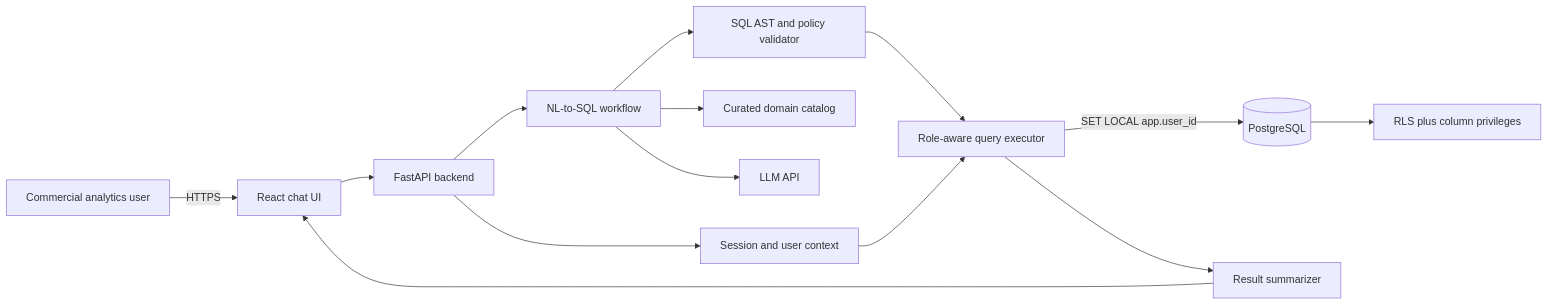
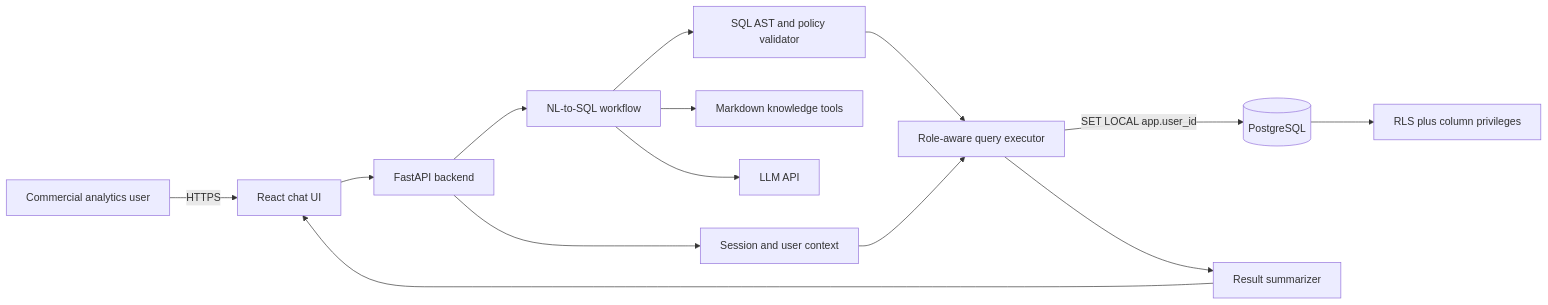
The diagram in DESIGN.md (shraddhagadale/pharma-nl2sql-assistant), drawn with Mermaid before and after one commit. The commit also changed other lines of this file and 47 other files, not shown here.

Commit message:
refactor: ground agent with markdown knowledge tools

````diff
--- a/DESIGN.md
+++ b/DESIGN.md
@@ -11,16 +11,16 @@
 ```mermaid
 flowchart LR
     U[Commercial analytics user] -->|HTTPS| UI[React chat UI]
     UI --> API[FastAPI backend]
     API --> AUTH[Session and user context]
     API --> AGENT[NL-to-SQL workflow]
-    AGENT --> DOMAIN[Curated domain catalog]
+    AGENT --> DOMAIN[Markdown knowledge tools]
     AGENT --> LLM[LLM API]
     AGENT --> VALIDATOR[SQL AST and policy validator]
     VALIDATOR --> EXECUTOR[Role-aware query executor]
     AUTH --> EXECUTOR
     EXECUTOR -->|SET LOCAL app.user_id| PG[(PostgreSQL)]
     PG --> RLS[RLS plus column privileges]
     EXECUTOR --> ANSWER[Result summarizer]
     ANSWER --> UI
 ```
````
